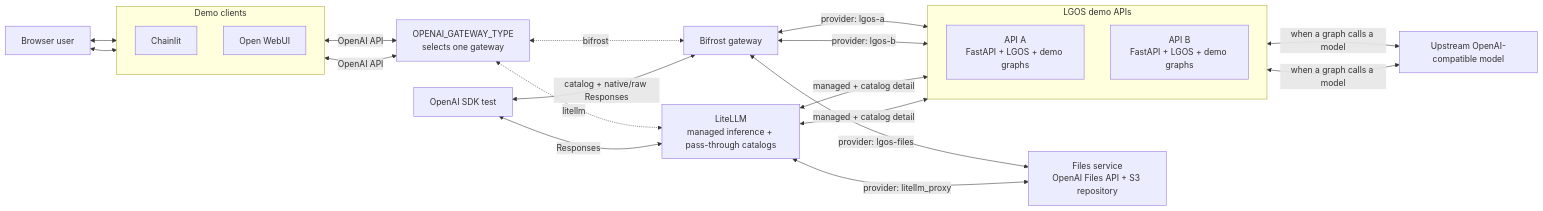
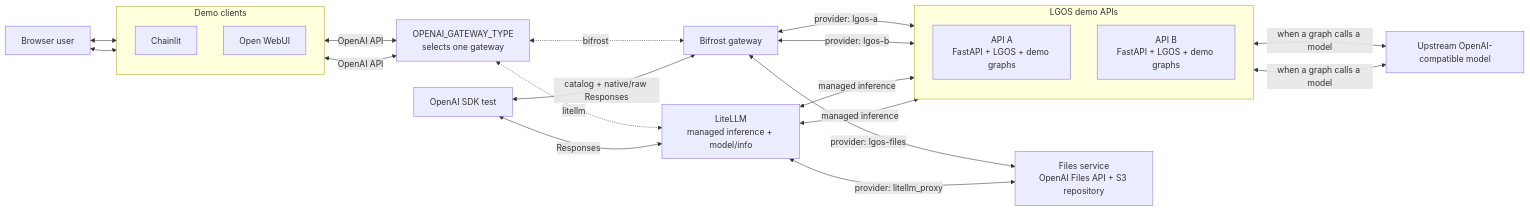
One commit to ilkersigirci/langgraph-openai-serve changed the first of 2 diagrams in docs/demo/architecture.md. Above: the diagram before and after it, drawn with Mermaid. The commit also changed other lines of this file and 47 other files, not shown here.

Commit message:
feat: litellm model/info added instead of catalog passthrough client

````diff
--- a/docs/demo/architecture.md
+++ b/docs/demo/architecture.md
@@ -26,42 +27,42 @@
 ```mermaid
 flowchart LR
   user["Browser user"]
 
   subgraph clients["Demo clients"]
     direction TB
     chainlit["Chainlit"]
     openwebui["Open WebUI"]
   end
 
   bifrost["Bifrost gateway"]
-  litellm["LiteLLM<br/>managed inference + pass-through catalogs"]
+  litellm["LiteLLM<br/>managed inference + model/info"]
   gateway["OPENAI_GATEWAY_TYPE<br/>selects one gateway"]
   sdk["OpenAI SDK test"]
 
   subgraph apis["LGOS demo APIs"]
     direction TB
     api_a["API A<br/>FastAPI + LGOS + demo graphs"]
     api_b["API B<br/>FastAPI + LGOS + demo graphs"]
   end
 
   files["Files service<br/>OpenAI Files API + S3 repository"]
 
   model["Upstream OpenAI-compatible model"]
 
   user <--> chainlit
   user <--> openwebui
   chainlit <-->|"OpenAI API"| gateway
   openwebui <-->|"OpenAI API"| gateway
   gateway <-.->|"bifrost"| bifrost
   gateway <-.->|"litellm"| litellm
   sdk <-->|"catalog + native/raw Responses"| bifrost
   sdk <-->|"Responses"| litellm
   bifrost <-->|"provider: lgos-a"| api_a
   bifrost <-->|"provider: lgos-b"| api_b
   bifrost <-->|"provider: lgos-files"| files
-  litellm <-->|"managed + catalog detail"| api_a
-  litellm <-->|"managed + catalog detail"| api_b
+  litellm <-->|"managed inference"| api_a
+  litellm <-->|"managed inference"| api_b
   litellm <-->|"provider: litellm_proxy"| files
   api_a <-->|"when a graph calls a model"| model
   api_b <-->|"when a graph calls a model"| model
 ```
````
